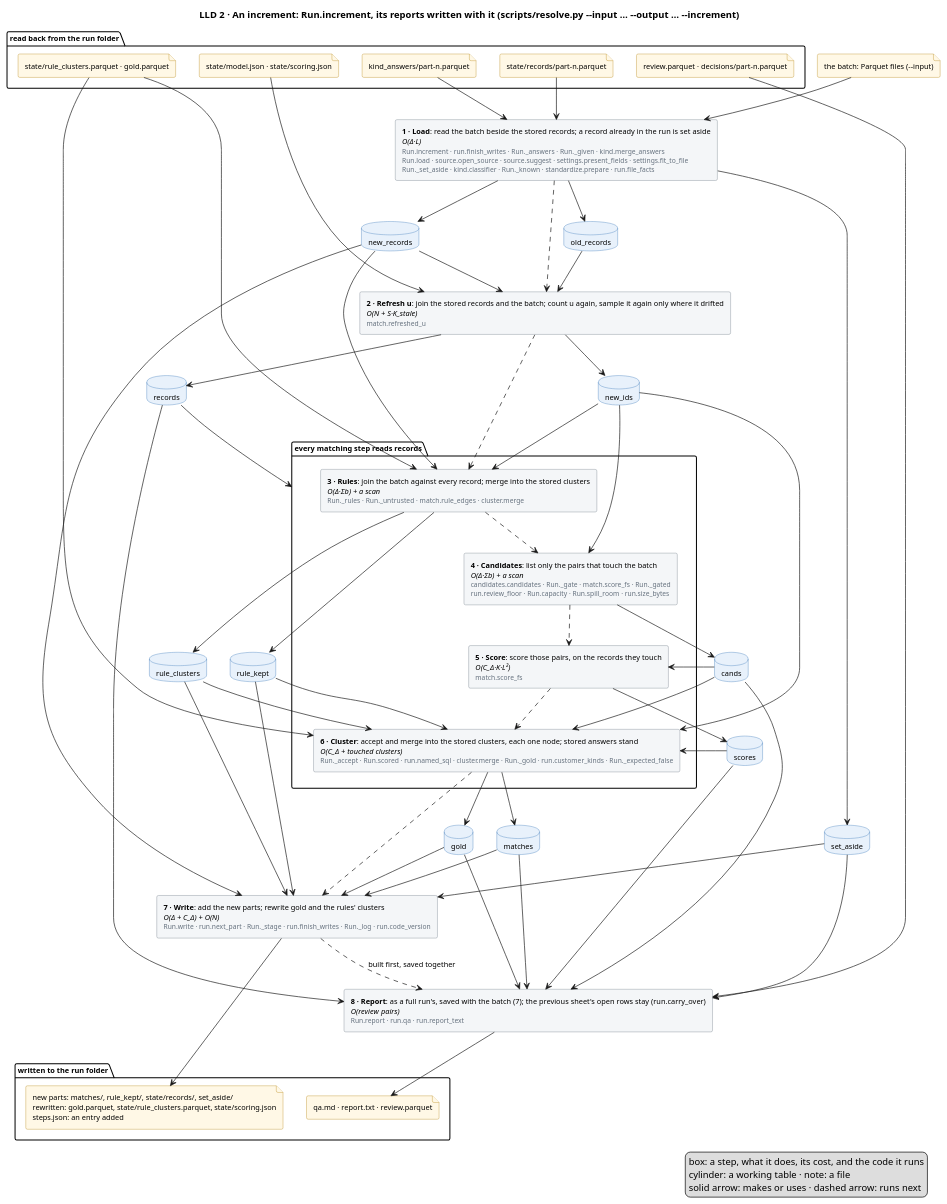
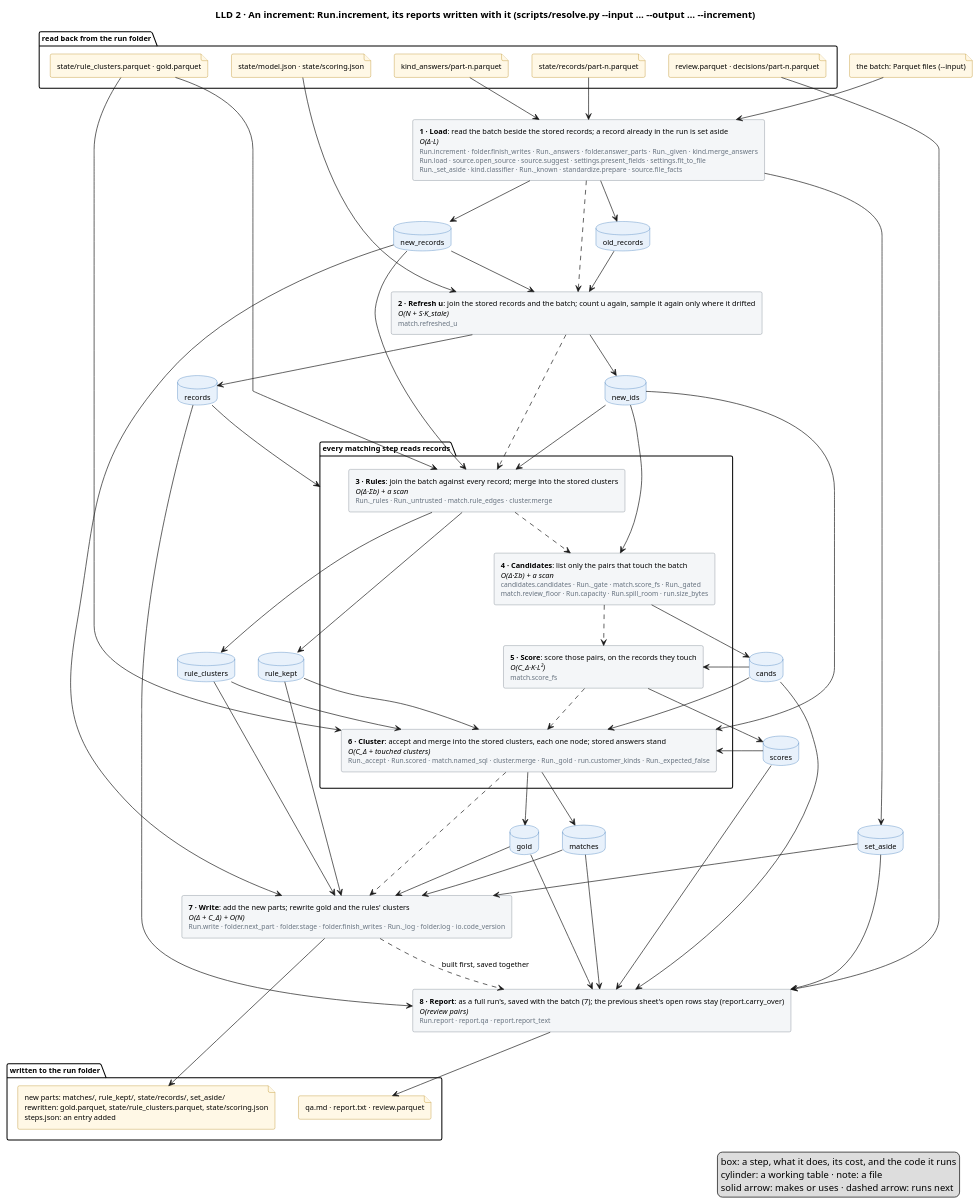
One commit to mvsbm/entity_matching changed the diagram in docs/diagrams/increment.puml. Above: the diagram before and after it, drawn with PlantUML. The commit also changed 28 other files, not shown here.

```diff
--- a/docs/diagrams/increment.puml
+++ b/docs/diagrams/increment.puml
@@ -1,113 +1,113 @@
 @startuml increment
 title LLD 2 · An increment: Run.increment, its reports written with it (scripts/resolve.py ~--input … ~--output … ~--increment)
 skinparam defaultFontSize 11
 skinparam rectangle {
   BackgroundColor #F4F6F8
   BorderColor #65717E
 }
 skinparam database {
   BackgroundColor #E8F1FB
   BorderColor #2C6DB3
 }
 skinparam file {
   BackgroundColor #FFF8E6
   BorderColor #B07D00
 }
 
 package "read back from the run folder" {
   file "state/model.json · state/scoring.json" as f_model
   file "state/records/part-n.parquet" as f_records
   file "state/rule_clusters.parquet · gold.parquet" as f_clusters
   file "kind_answers/part-n.parquet" as f_answers
   file "review.parquet · decisions/part-n.parquet" as f_sheet
 }
 file "the batch: Parquet files (~--input)" as f_batch
 
 
-rectangle "<b>1 · Load</b>: read the batch beside the stored records; a record already in the run is set aside\n<i>O(Δ·L)</i>\n<size:10><color:#65717E>Run.increment · run.finish_writes · Run._answers · Run._given · kind.merge_answers</color></size>\n<size:10><color:#65717E>Run.load · source.open_source · source.suggest · settings.present_fields · settings.fit_to_file</color></size>\n<size:10><color:#65717E>Run._set_aside · kind.classifier · Run._known · standardize.prepare · run.file_facts</color></size>" as load
+rectangle "<b>1 · Load</b>: read the batch beside the stored records; a record already in the run is set aside\n<i>O(Δ·L)</i>\n<size:10><color:#65717E>Run.increment · folder.finish_writes · Run._answers · folder.answer_parts · Run._given · kind.merge_answers</color></size>\n<size:10><color:#65717E>Run.load · source.open_source · source.suggest · settings.present_fields · settings.fit_to_file</color></size>\n<size:10><color:#65717E>Run._set_aside · kind.classifier · Run._known · standardize.prepare · source.file_facts</color></size>" as load
 rectangle "<b>2 · Refresh u</b>: join the stored records and the batch; count u again, sample it again only where it drifted\n<i>O(N + S·K_stale)</i>\n<size:10><color:#65717E>match.refreshed_u</color></size>" as fit
 package "every matching step reads records" as matching {
   rectangle "<b>3 · Rules</b>: join the batch against every record; merge into the stored clusters\n<i>O(Δ·Σb) + a scan</i>\n<size:10><color:#65717E>Run._rules · Run._untrusted · match.rule_edges · cluster.merge</color></size>" as rules
-  rectangle "<b>4 · Candidates</b>: list only the pairs that touch the batch\n<i>O(Δ·Σb) + a scan</i>\n<size:10><color:#65717E>candidates.candidates · Run._gate · match.score_fs · Run._gated</color></size>\n<size:10><color:#65717E>run.review_floor · Run.capacity · Run.spill_room · run.size_bytes</color></size>" as candidates
+  rectangle "<b>4 · Candidates</b>: list only the pairs that touch the batch\n<i>O(Δ·Σb) + a scan</i>\n<size:10><color:#65717E>candidates.candidates · Run._gate · match.score_fs · Run._gated</color></size>\n<size:10><color:#65717E>match.review_floor · Run.capacity · Run.spill_room · run.size_bytes</color></size>" as candidates
   rectangle "<b>5 · Score</b>: score those pairs, on the records they touch\n<i>O(C_Δ·K·L²)</i>\n<size:10><color:#65717E>match.score_fs</color></size>" as score
-  rectangle "<b>6 · Cluster</b>: accept and merge into the stored clusters, each one node; stored answers stand\n<i>O(C_Δ + touched clusters)</i>\n<size:10><color:#65717E>Run._accept · Run.scored · run.named_sql · cluster.merge · Run._gold · run.customer_kinds · Run._expected_false</color></size>" as cluster
+  rectangle "<b>6 · Cluster</b>: accept and merge into the stored clusters, each one node; stored answers stand\n<i>O(C_Δ + touched clusters)</i>\n<size:10><color:#65717E>Run._accept · Run.scored · match.named_sql · cluster.merge · Run._gold · run.customer_kinds · Run._expected_false</color></size>" as cluster
 }
-rectangle "<b>7 · Write</b>: add the new parts; rewrite gold and the rules' clusters\n<i>O(Δ + C_Δ) + O(N)</i>\n<size:10><color:#65717E>Run.write · run.next_part · Run._stage · run.finish_writes · Run._log · run.code_version</color></size>" as write
-rectangle "<b>8 · Report</b>: as a full run's, saved with the batch (7); the previous sheet's open rows stay (run.carry_over)\n<i>O(review pairs)</i>\n<size:10><color:#65717E>Run.report · run.qa · run.report_text</color></size>" as report
+rectangle "<b>7 · Write</b>: add the new parts; rewrite gold and the rules' clusters\n<i>O(Δ + C_Δ) + O(N)</i>\n<size:10><color:#65717E>Run.write · folder.next_part · folder.stage · folder.finish_writes · Run._log · folder.log · io.code_version</color></size>" as write
+rectangle "<b>8 · Report</b>: as a full run's, saved with the batch (7); the previous sheet's open rows stay (report.carry_over)\n<i>O(review pairs)</i>\n<size:10><color:#65717E>Run.report · report.qa · report.report_text</color></size>" as report
 database "old_records" as old_records
 database "new_records" as new_records
 database "set_aside" as set_aside
 database "records" as records
 database "new_ids" as new_ids
 database "rule_clusters" as rule_clusters
 database "rule_kept" as rule_kept
 database "cands" as cands
 database "scores" as scores
 database "matches" as matches
 database "gold" as gold
 
 package "written to the run folder" {
   file "new parts: matches/, rule_kept/, state/records/, set_aside/\nrewritten: gold.parquet, state/rule_clusters.parquet, state/scoring.json\nsteps.json: an entry added" as f_out
   file "qa.md · report.txt · review.parquet" as f_people
 }
 
 f_batch --> load
 f_records --> load
 f_answers --> load
 f_model --> fit
 f_clusters --> rules
 f_clusters --> cluster
 f_sheet --> report
 
 load ..> fit
 fit ..> rules
 rules ..> candidates
 candidates ..> score
 score ..> cluster
 cluster ..> write
 write ..> report : built first, saved together
 
 load --> old_records
 load --> new_records
 load --> set_aside
 old_records --> fit
 new_records --> fit
 fit --> records
 fit --> new_ids
 records --> matching
 new_records --> rules
 new_ids --> rules
 rules --> rule_clusters
 rules --> rule_kept
 new_ids --> candidates
 candidates --> cands
 cands --> score
 score --> scores
 new_ids --> cluster
 rule_clusters --> cluster
 rule_kept --> cluster
 cands --> cluster
 scores --> cluster
 cluster --> matches
 cluster --> gold
 new_records --> write
 rule_clusters --> write
 rule_kept --> write
 matches --> write
 gold --> write
 set_aside --> write
 records --> report
 cands --> report
 scores --> report
 matches --> report
 gold --> report
 set_aside --> report
 
 write --> f_out
 report --> f_people
 legend right
   box: a step, what it does, its cost, and the code it runs
   cylinder: a working table · note: a file
   solid arrow: makes or uses · dashed arrow: runs next
 endlegend
 @enduml
```
